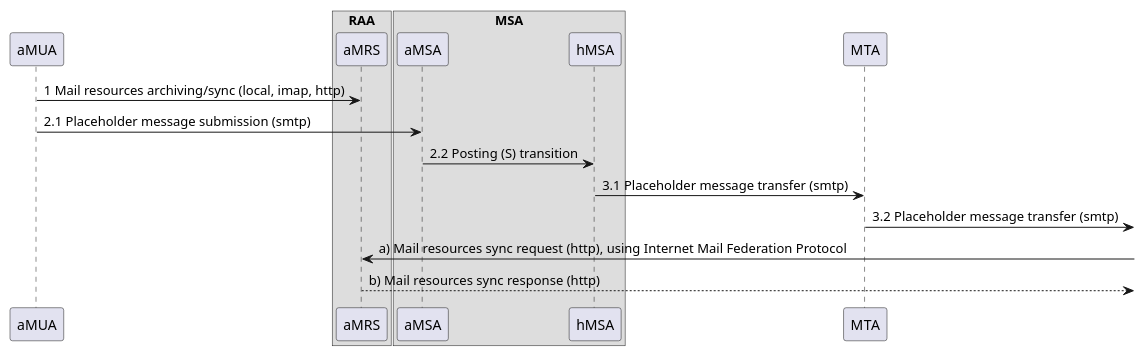
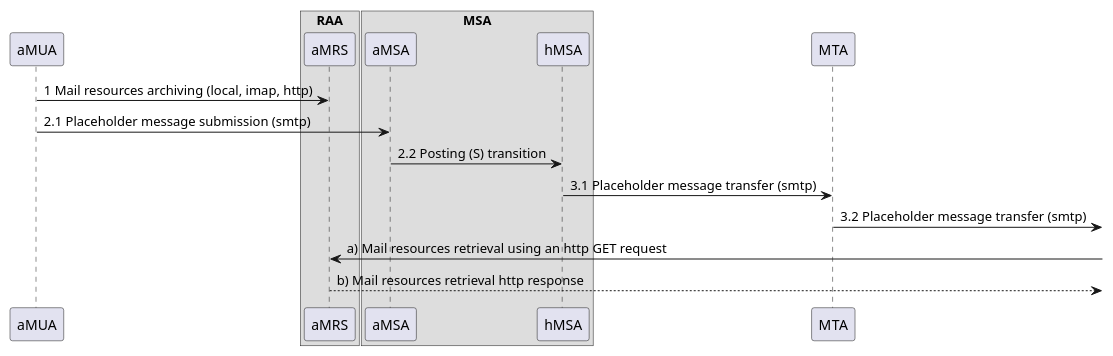
Before and after one commit to federizer/federizer: the diagram in docs/resources/authorization-enhanced_rfc5598_I_sd.puml, drawn with PlantUML. The commit also changed 4 other files, not shown here.

```diff
--- a/docs/resources/authorization-enhanced_rfc5598_I_sd.puml
+++ b/docs/resources/authorization-enhanced_rfc5598_I_sd.puml
@@ -1,41 +1,41 @@
 @startuml Authorization-Enhanced Internet Mail Architecture, message flow part I.
 
 /'
 Message
 Message User Agent (MUA)
     Author MUA (aMUA)
     Recipient MUA (rMUA)
 Message Submission Agent (MSA)
     Author-focused MSA functions (aMSA)
     MHS-focused MSA functions (hMSA)
 Message Transfer Agent (MTA)
 Message Delivery Agent (MDA)
     Recipient-focused MDA functions (rMDA)
     MHS-focused MDA functions (hMDA)
-Resource Sync Agent (RSA)
+Resource Retrieval Agent (RRA)
 Resource Access Agent (RAA)
 Mail Resource Store (MRS)
     Author MRS (aMRS)
     Recipient MRS (rMRS)    
 '/
 
 'ADMD I. (foo.com)
 participant "aMUA" as aMUA /'MUA'/
 box "RAA" /'Resource Access Agent'/
 participant "aMRS" as aMRS /'Author MRS'/
 end box
 box "MSA" /'MSA'/
 participant "aMSA" as aMSA /'Author-focused MSA'/
 participant "hMSA" as hMSA /'MHS-focused MSA'/
 end box
 participant "MTA" as MTA /'MTA'/
 
-aMUA -> aMRS : 1 Mail resources archiving/sync (local, imap, http)
+aMUA -> aMRS : 1 Mail resources archiving (local, imap, http)
 aMUA -> aMSA : 2.1 Placeholder message submission (smtp)
 aMSA -> hMSA : 2.2 Posting (S) transition
 hMSA -> MTA : 3.1 Placeholder message transfer (smtp)
 MTA ->] : 3.2 Placeholder message transfer (smtp)
-aMRS <-] : a) Mail resources sync request (http), using Internet Mail Federation Protocol
-aMRS -->] : b) Mail resources sync response (http)
+aMRS <-] : a) Mail resources retrieval using an http GET request
+aMRS -->] : b) Mail resources retrieval http response
 
 @enduml
```
